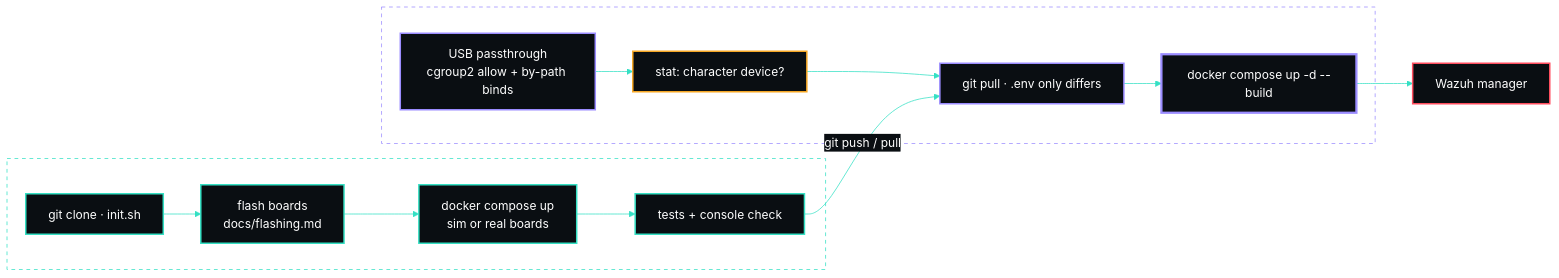
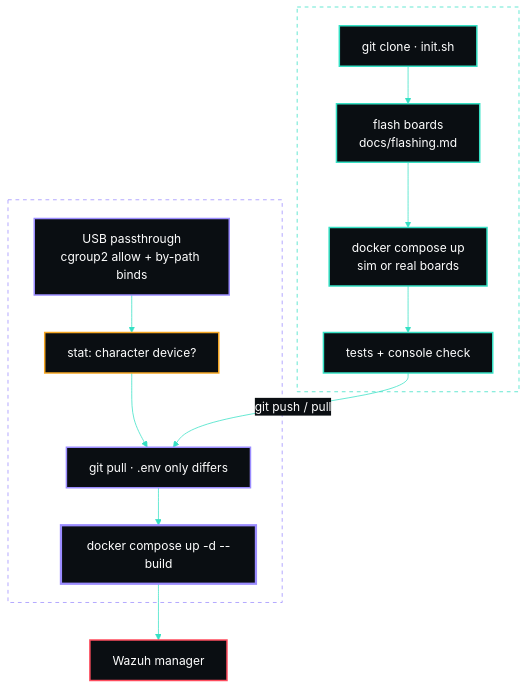
Before and after one commit to gurvinny/spectre: the diagram in docs/deployment.md, drawn with Mermaid. The commit also changed 7 other files, not shown here.

Commit message:
docs: legible sequence text on light canvases, stack wide flowcharts

````diff
--- a/docs/deployment.md
+++ b/docs/deployment.md
@@ -7,53 +7,53 @@
 ```mermaid
 %%{init: {
   'theme': 'base',
   'themeVariables': {
     'primaryColor': '#0a0e12',
     'primaryTextColor': '#fff',
     'primaryBorderColor': '#35E0C4',
     'lineColor': '#35E0C4',
     'secondaryColor': '#0a0e12',
     'tertiaryColor': '#0a0e12',
     'actorBkg': '#0a0e12',
     'actorBorder': '#35E0C4',
     'actorTextColor': '#fff',
     'signalColor': '#35E0C4',
-    'signalTextColor': '#C9D6DF',
+    'signalTextColor': '#6B7C8C',
     'noteBkgColor': '#0a0e12',
     'noteBorderColor': '#9B8CFF',
     'noteTextColor': '#C9D6DF',
     'labelBoxBkgColor': '#0a0e12',
     'labelBoxBorderColor': '#9B8CFF',
     'labelTextColor': '#fff',
-    'loopTextColor': '#C9D6DF',
+    'loopTextColor': '#6B7C8C',
     'activationBkgColor': '#11171d',
     'activationBorderColor': '#35E0C4',
     'fontFamily': 'monospace'
   }
 }}%%
-flowchart LR
+flowchart TB
     subgraph DEV["Dev box"]
         D1["git clone · init.sh"] --> D2["flash boards<br/>docs/flashing.md"]
         D2 --> D3["docker compose up<br/>sim or real boards"]
         D3 --> D4["tests + console check"]
     end
     subgraph PROD["Proxmox host → unprivileged LXC"]
         P1["USB passthrough<br/>cgroup2 allow + by-path binds"] --> P2["stat: character device?"]
         P2 --> P3["git pull · .env only differs"]
         P3 --> P4["docker compose up -d --build"]
     end
     D4 -- "git push / pull" --> P3
     P4 --> Z["Wazuh manager"]
 
     style DEV fill:transparent,stroke:#35E0C4,stroke-width:1px,stroke-dasharray: 5 5,color:#fff
     style PROD fill:transparent,stroke:#9B8CFF,stroke-width:1px,stroke-dasharray: 5 5,color:#fff
     style D1 fill:#0a0e12,stroke:#35E0C4,stroke-width:2px,color:#fff
     style D2 fill:#0a0e12,stroke:#35E0C4,stroke-width:2px,color:#fff
     style D3 fill:#0a0e12,stroke:#35E0C4,stroke-width:2px,color:#fff
     style D4 fill:#0a0e12,stroke:#35E0C4,stroke-width:2px,color:#fff
     style P1 fill:#0a0e12,stroke:#9B8CFF,stroke-width:2px,color:#fff
     style P2 fill:#0a0e12,stroke:#F5A623,stroke-width:2px,color:#fff
     style P3 fill:#0a0e12,stroke:#9B8CFF,stroke-width:2px,color:#fff
     style P4 fill:#0a0e12,stroke:#9B8CFF,stroke-width:3px,color:#fff
     style Z fill:#0a0e12,stroke:#FF4D5E,stroke-width:2px,color:#fff
 ```
````
